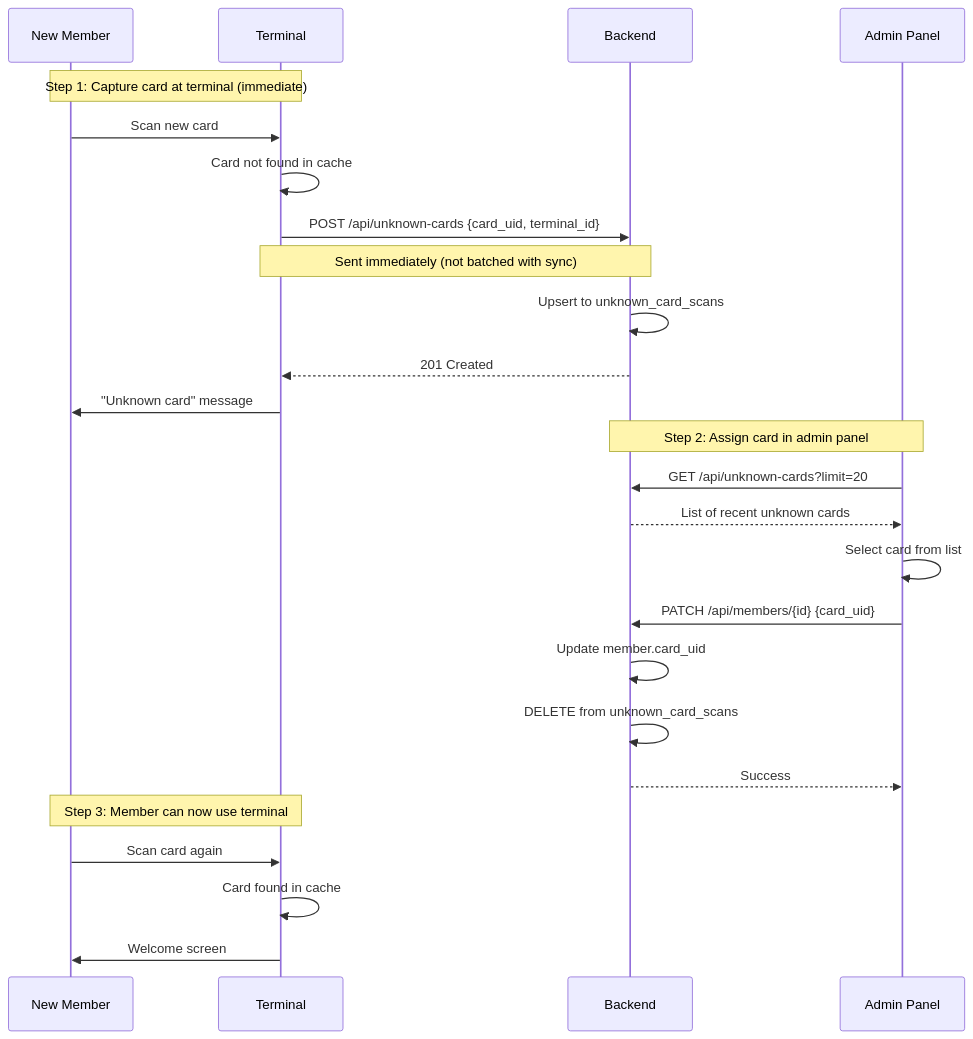
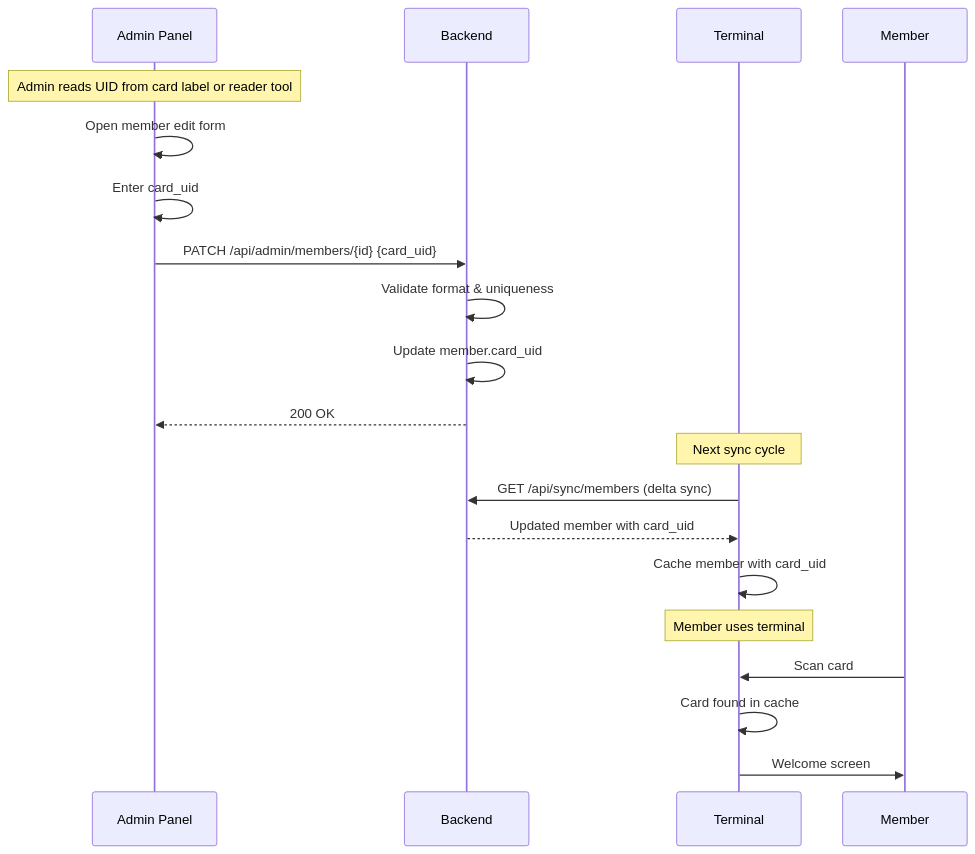
The diagram in adr/0021-rfid-card-assignment-workflow.md (dgloeckner/clubbar), drawn with Mermaid before and after one commit. The commit also changed other lines of this file, not shown here.

First line of the commit message:
docs: simplify ADR-0021 to manual UID entry only

````diff
--- a/adr/0021-rfid-card-assignment-workflow.md
+++ b/adr/0021-rfid-card-assignment-workflow.md
@@ -53,30 +38,25 @@
 ```mermaid
 sequenceDiagram
-    participant Member as New Member
+    participant Admin as Admin Panel
+    participant Backend
     participant Terminal
-    participant Backend
-    participant Admin as Admin Panel
 
-    Note over Member,Terminal: Step 1: Capture card at terminal (immediate)
-    Member->>Terminal: Scan new card
-    Terminal->>Terminal: Card not found in cache
-    Terminal->>Backend: POST /api/unknown-cards {card_uid, terminal_id}
-    Note over Terminal,Backend: Sent immediately (not batched with sync)
-    Backend->>Backend: Upsert to unknown_card_scans
-    Backend-->>Terminal: 201 Created
-    Terminal->>Member: "Unknown card" message
+    Note over Admin: Admin reads UID from card label or reader tool
+    Admin->>Admin: Open member edit form
+    Admin->>Admin: Enter card_uid
+    Admin->>Backend: PATCH /api/admin/members/{id} {card_uid}
+    Backend->>Backend: Validate format & uniqueness
+    Backend->>Backend: Update member.card_uid
+    Backend-->>Admin: 200 OK
 
-    Note over Admin,Backend: Step 2: Assign card in admin panel
-    Admin->>Backend: GET /api/unknown-cards?limit=20
-    Backend-->>Admin: List of recent unknown cards
-    Admin->>Admin: Select card from list
-    Admin->>Backend: PATCH /api/members/{id} {card_uid}
-    Backend->>Backend: Update member.card_uid
-    Backend->>Backend: DELETE from unknown_card_scans
-    Backend-->>Admin: Success
+    Note over Terminal: Next sync cycle
+    Terminal->>Backend: GET /api/sync/members (delta sync)
+    Backend-->>Terminal: Updated member with card_uid
+    Terminal->>Terminal: Cache member with card_uid
 
-    Note over Member,Terminal: Step 3: Member can now use terminal
-    Member->>Terminal: Scan card again
+    Note over Terminal: Member uses terminal
+    participant Member as Member
+    Member->>Terminal: Scan card
     Terminal->>Terminal: Card found in cache
     Terminal->>Member: Welcome screen
 ```
````
